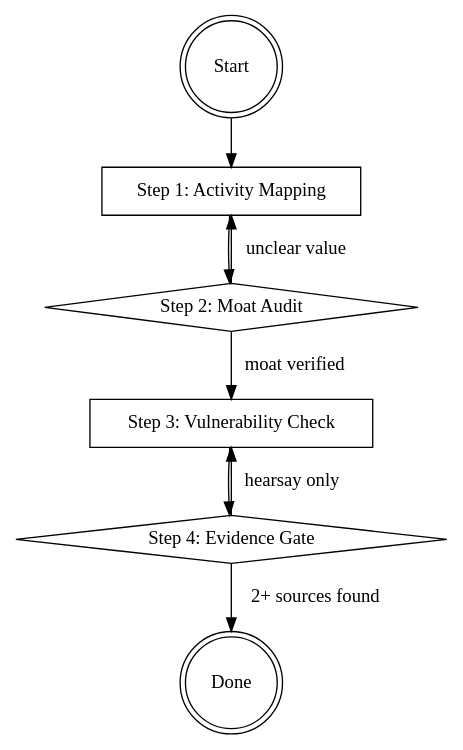
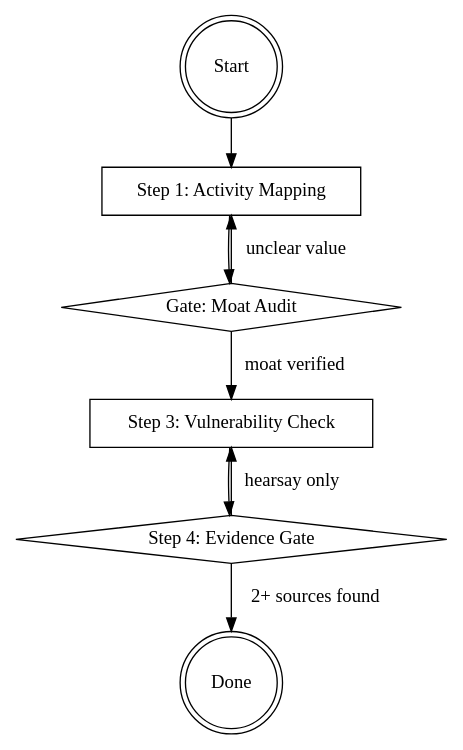
The diagram in plugins/workflow/skills/competitive-analysis/SKILL.md (JoelLewis/skill-library), drawn with Graphviz before and after one commit. The commit also changed other lines of this file and 27 other files, not shown here.

````diff
--- a/plugins/workflow/skills/competitive-analysis/SKILL.md
+++ b/plugins/workflow/skills/competitive-analysis/SKILL.md
@@ -27,18 +27,18 @@
 ```dot
 digraph competitive_analysis_flow {
     "Start" [shape=doublecircle];
     "Step 1: Activity Mapping" [shape=box];
-    "Step 2: Moat Audit" [shape=diamond];
+    "Gate: Moat Audit" [shape=diamond];
     "Step 3: Vulnerability Check" [shape=box];
     "Step 4: Evidence Gate" [shape=diamond];
     "Done" [shape=doublecircle];
 
     "Start" -> "Step 1: Activity Mapping";
-    "Step 1: Activity Mapping" -> "Step 2: Moat Audit";
-    "Step 2: Moat Audit" -> "Step 3: Vulnerability Check" [label="moat verified"];
-    "Step 2: Moat Audit" -> "Step 1: Activity Mapping" [label="unclear value"];
+    "Step 1: Activity Mapping" -> "Gate: Moat Audit";
+    "Gate: Moat Audit" -> "Step 3: Vulnerability Check" [label="moat verified"];
+    "Gate: Moat Audit" -> "Step 1: Activity Mapping" [label="unclear value"];
     "Step 3: Vulnerability Check" -> "Step 4: Evidence Gate";
     "Step 4: Evidence Gate" -> "Done" [label="2+ sources found"];
     "Step 4: Evidence Gate" -> "Step 3: Vulnerability Check" [label="hearsay only"];
 }
 ```
````
